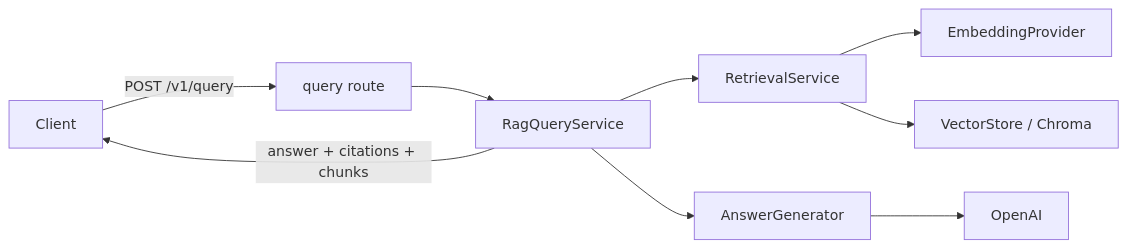
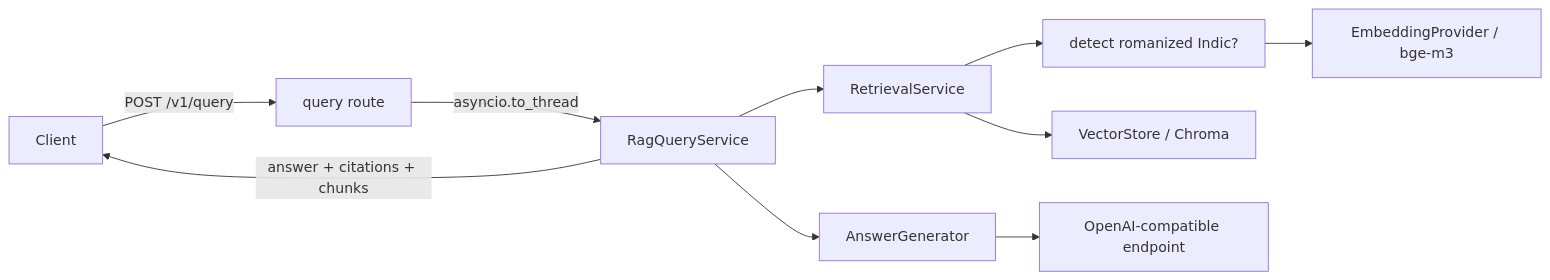
Before and after one commit to notjwp/Multilingual-RAG: the first of 4 diagrams in docs/architecture.md, drawn with Mermaid. The commit also changed other lines of this file and 1 other file, not shown here.

First line of the commit message:
docs: bring architecture.md up to the shipped state (M14-M18)

````diff
--- a/docs/architecture.md
+++ b/docs/architecture.md
@@ -60,11 +78,12 @@
 ```mermaid
 flowchart LR
     C[Client] -->|POST /v1/query| Q[query route]
-    Q --> RS[RagQueryService]
+    Q -->|asyncio.to_thread| RS[RagQueryService]
     RS --> RET[RetrievalService]
-    RET --> EMB[EmbeddingProvider]
+    RET --> DET[detect romanized Indic?]
+    DET --> EMB[EmbeddingProvider / bge-m3]
     RET --> VS[VectorStore / Chroma]
     RS --> GEN[AnswerGenerator]
-    GEN --> LLM[OpenAI]
+    GEN --> LLM[OpenAI-compatible endpoint]
     RS -->|answer + citations + chunks| C
 ```
````
